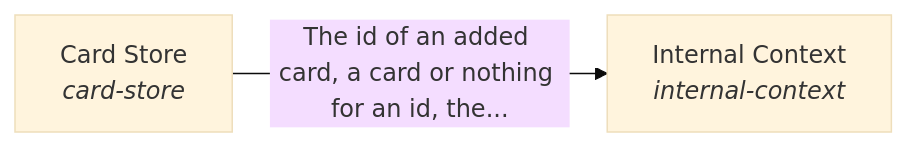
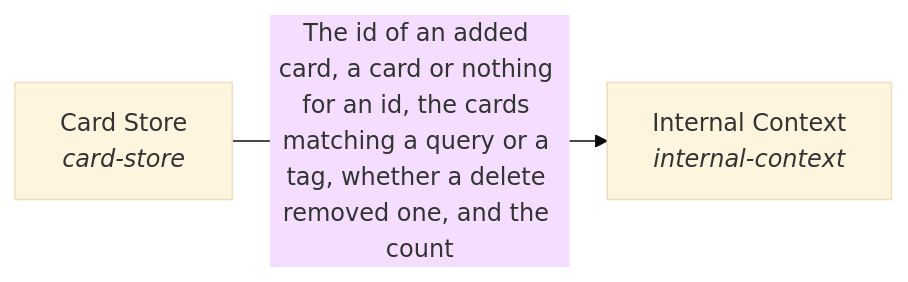
Before and after one commit to SpiritualData/ai-hub-of-hubs-structure: the diagram in hubofhubs/the_body/README.md, drawn with Mermaid (base theme). The commit also changed 10 other files, not shown here.

Commit message:
Generated pages show whole sentences and whole diagram labels, never cut at a character count

````diff
--- a/hubofhubs/the_body/README.md
+++ b/hubofhubs/the_body/README.md
@@ -17,6 +17,6 @@
 ```mermaid
 flowchart LR
     s0["Card Store<br/><i>card-store</i>"]
     s1["Internal Context<br/><i>internal-context</i>"]
-    s0 -->|"The id of an added card, a card or nothing for an id, the..."| s1
+    s0 -->|"The id of an added card, a card or nothing for an id, the cards matching a query or a tag, whether a delete removed one, and the count"| s1
 ```
````
